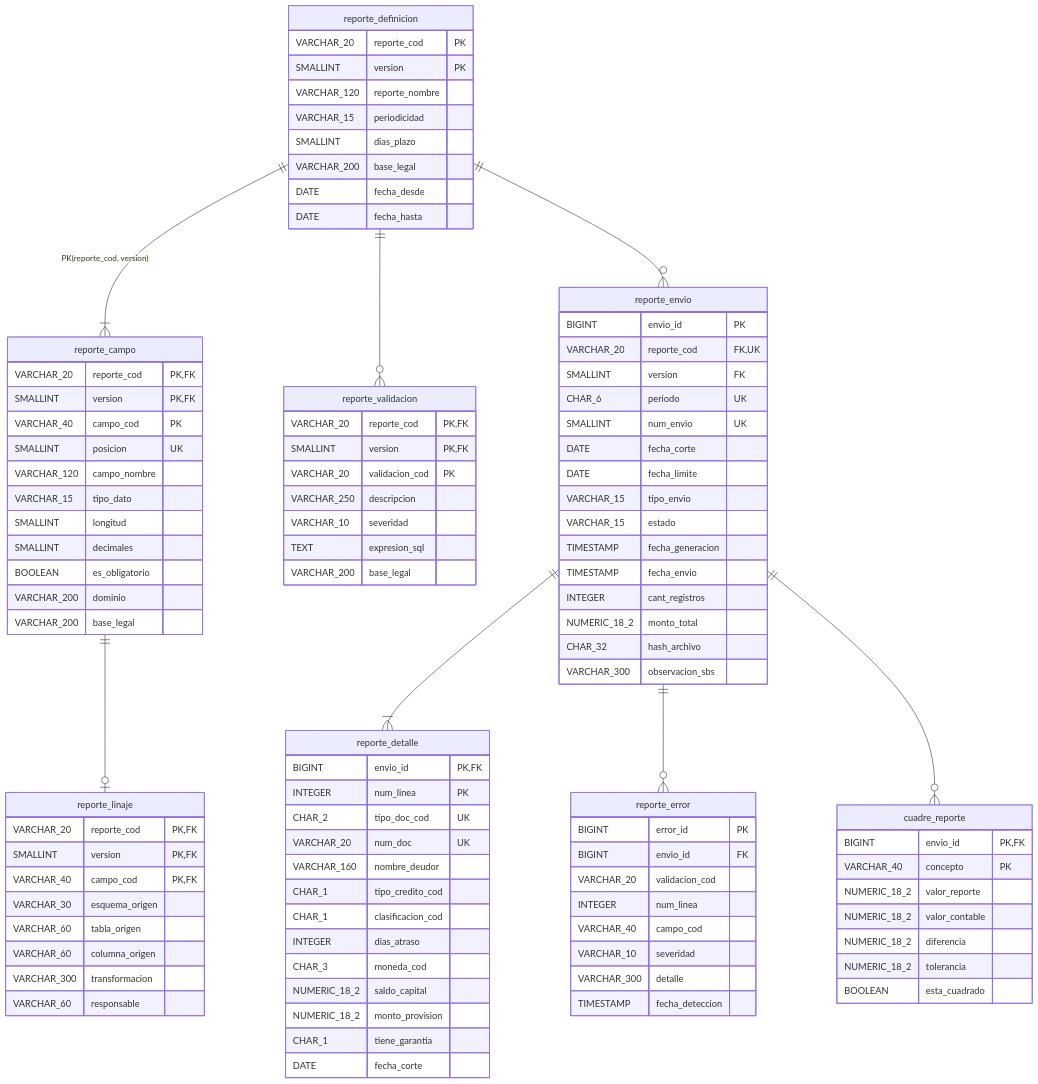
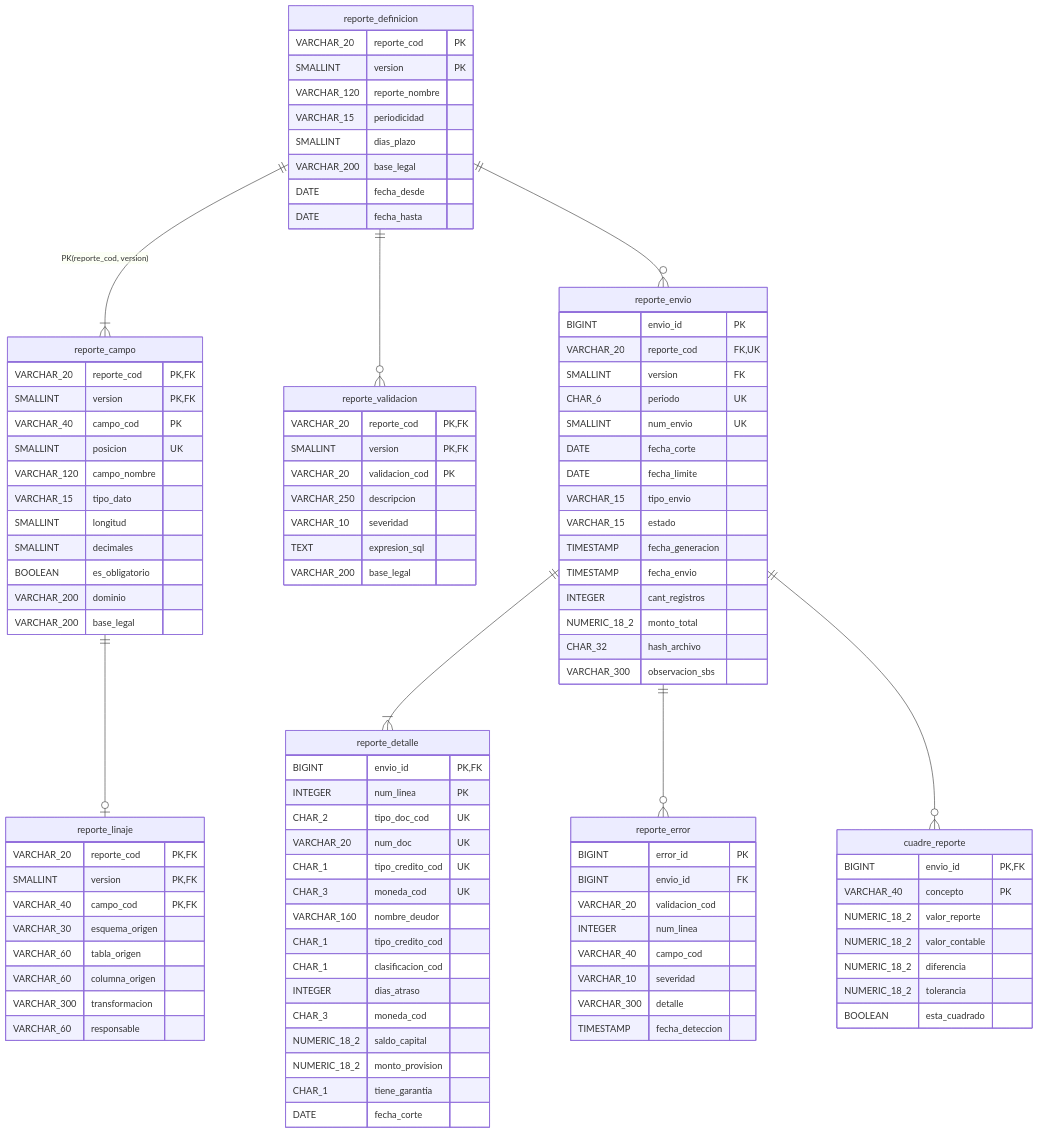
One commit to EnriqueAquije/ClaudeCode changed the first of 2 diagrams in data-modeler-bcp-peru/soluciones/caso-10-reporte-regulatorio-sbs/02-modelo-logico.md. Above: the diagram before and after it, drawn with Mermaid. The commit also changed 26 other files, not shown here.

```diff
--- a/data-modeler-bcp-peru/soluciones/caso-10-reporte-regulatorio-sbs/02-modelo-logico.md
+++ b/data-modeler-bcp-peru/soluciones/caso-10-reporte-regulatorio-sbs/02-modelo-logico.md
@@ -76,6 +76,8 @@
         INTEGER      num_linea      PK
         CHAR_2       tipo_doc_cod   UK
         VARCHAR_20   num_doc        UK
+        CHAR_1       tipo_credito_cod UK
+        CHAR_3       moneda_cod     UK
         VARCHAR_160  nombre_deudor
         CHAR_1       tipo_credito_cod
         CHAR_1       clasificacion_cod
```
